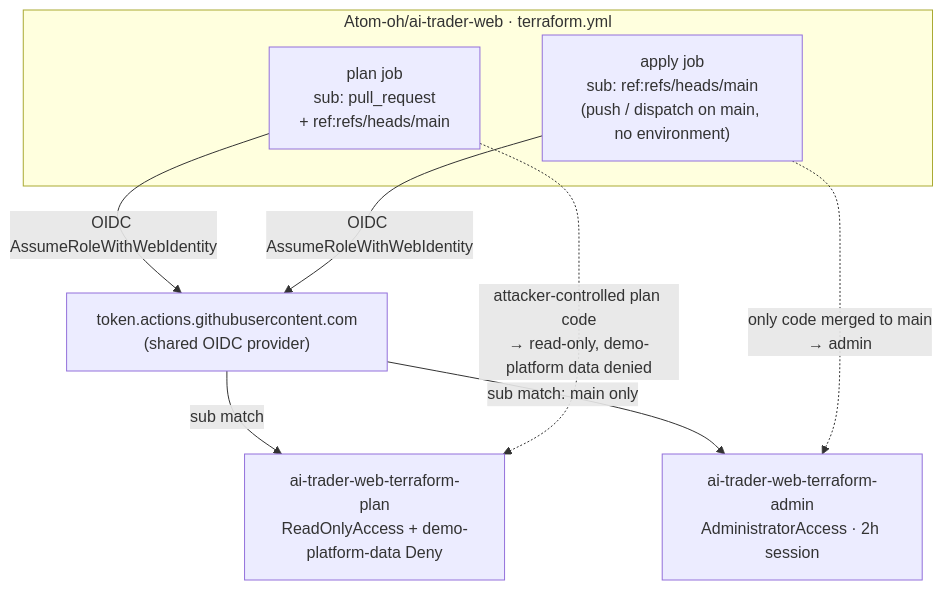
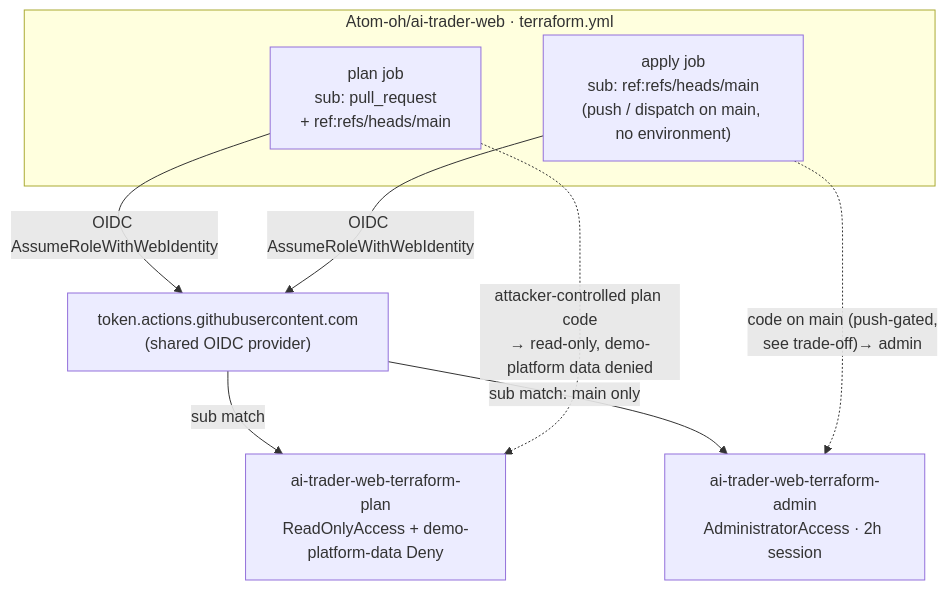
The first of 2 diagrams in docs/decisions/ADR-012-ai-trader-web-oidc-plan-apply-split.md (Atom-oh/AWS-Demo-Platform), drawn with Mermaid before and after one commit. The commit also changed other lines of this file and 2 other files, not shown here.

First line of the commit message:
fix(iam): widen cognito deny to wildcard, document unenforceable-branch-protection trade-off (PR #69)

````diff
--- a/docs/decisions/ADR-012-ai-trader-web-oidc-plan-apply-split.md
+++ b/docs/decisions/ADR-012-ai-trader-web-oidc-plan-apply-split.md
@@ -94,16 +94,16 @@
 ```mermaid
 flowchart TD
     subgraph gh["Atom-oh/ai-trader-web · terraform.yml"]
         pr["plan job<br/>sub: pull_request<br/>+ ref:refs/heads/main"]
         ap["apply job<br/>sub: ref:refs/heads/main<br/>(push / dispatch on main, no environment)"]
     end
     oidc["token.actions.githubusercontent.com<br/>(shared OIDC provider)"]
     plan["ai-trader-web-terraform-plan<br/>ReadOnlyAccess + demo-platform-data Deny"]
     admin["ai-trader-web-terraform-admin<br/>AdministratorAccess · 2h session"]
     pr -->|OIDC AssumeRoleWithWebIdentity| oidc
     ap -->|OIDC AssumeRoleWithWebIdentity| oidc
     oidc -->|sub match| plan
     oidc -->|sub match: main only| admin
     pr -.->|"attacker-controlled plan code<br/>→ read-only, demo-platform data denied"| plan
-    ap -.->|"only code merged to main<br/>→ admin"| admin
+    ap -.->|"code on main (push-gated,<br/>see trade-off)→ admin"| admin
 ```
````
